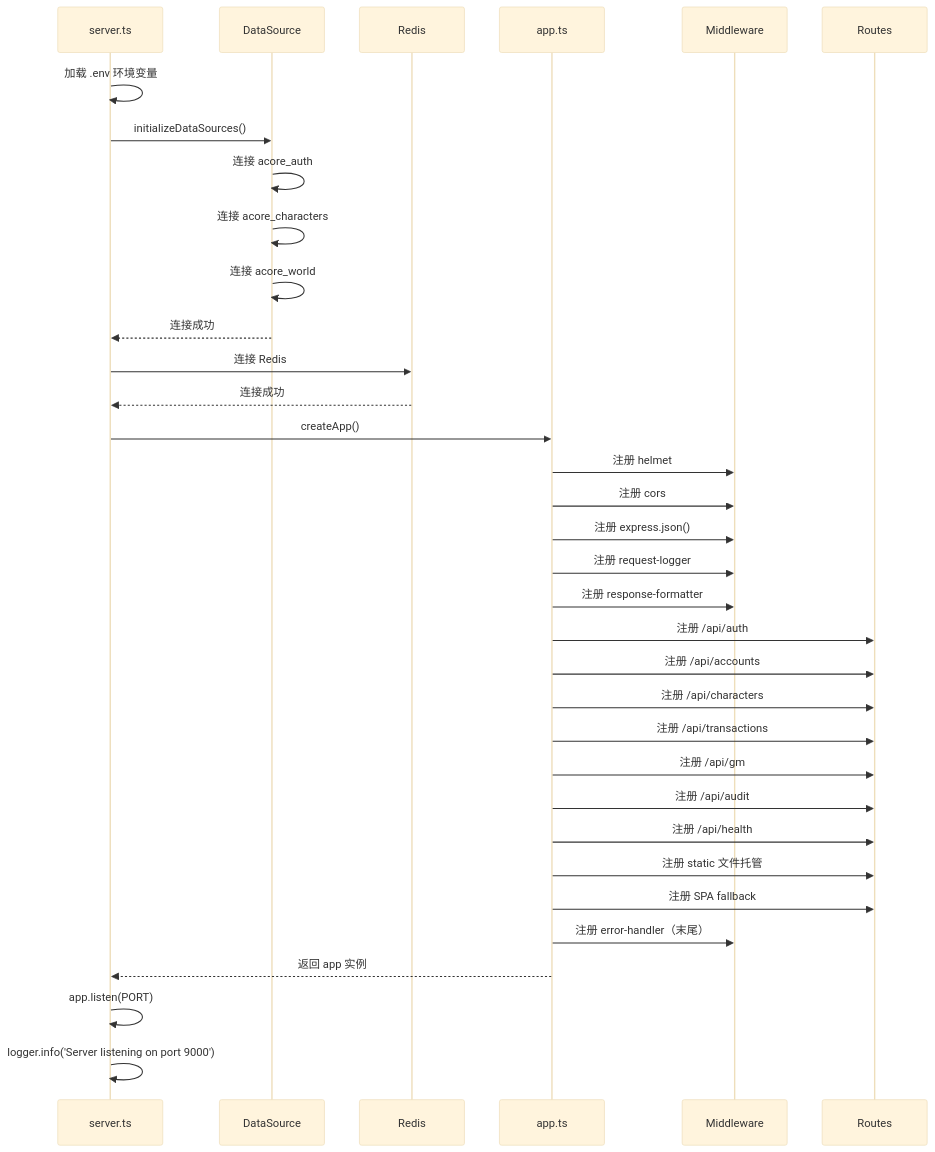
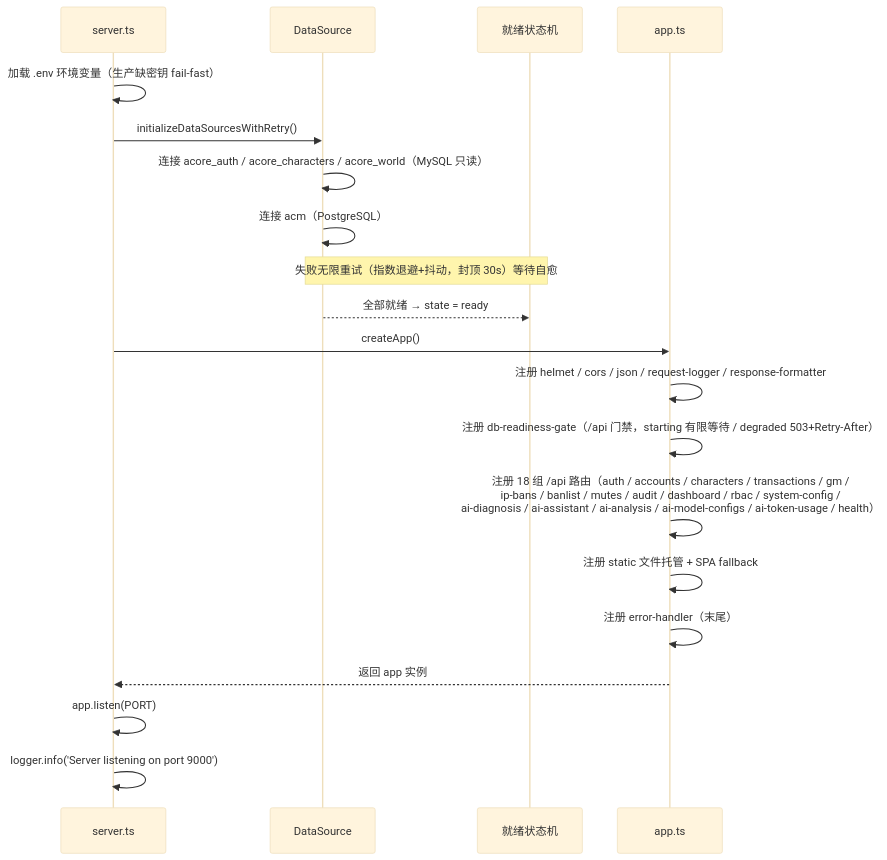
One commit to domonic18/acore-manager changed the fourth of 4 diagrams in docs/arch/02后端架构.md. Above: the diagram before and after it, drawn with Mermaid (base theme). The commit also changed other lines of this file and 4 other files, not shown here.

````diff
--- a/docs/arch/02后端架构.md
+++ b/docs/arch/02后端架构.md
@@ -363,42 +446,25 @@
 ```mermaid
 sequenceDiagram
     participant Server as server.ts
     participant DB as DataSource
-    participant Redis as Redis
+    participant State as 就绪状态机
     participant App as app.ts
-    participant MW as Middleware
-    participant Route as Routes
 
-    Server->>Server: 加载 .env 环境变量
-    Server->>DB: initializeDataSources()
-    DB->>DB: 连接 acore_auth
-    DB->>DB: 连接 acore_characters
-    DB->>DB: 连接 acore_world
-    DB-->>Server: 连接成功
-
-    Server->>Redis: 连接 Redis
-    Redis-->>Server: 连接成功
+    Server->>Server: 加载 .env 环境变量（生产缺密钥 fail-fast）
+    Server->>DB: initializeDataSourcesWithRetry()
+    DB->>DB: 连接 acore_auth / acore_characters / acore_world（MySQL 只读）
+    DB->>DB: 连接 acm（PostgreSQL）
+    Note over DB,State: 失败无限重试（指数退避+抖动，封顶 30s）等待自愈
+    DB-->>State: 全部就绪 → state = ready
 
     Server->>App: createApp()
-    App->>MW: 注册 helmet
-    App->>MW: 注册 cors
-    App->>MW: 注册 express.json()
-    App->>MW: 注册 request-logger
-    App->>MW: 注册 response-formatter
-
-    App->>Route: 注册 /api/auth
-    App->>Route: 注册 /api/accounts
-    App->>Route: 注册 /api/characters
-    App->>Route: 注册 /api/transactions
-    App->>Route: 注册 /api/gm
-    App->>Route: 注册 /api/audit
-    App->>Route: 注册 /api/health
-    App->>Route: 注册 static 文件托管
-    App->>Route: 注册 SPA fallback
-
-    App->>MW: 注册 error-handler（末尾）
+    App->>App: 注册 helmet / cors / json / request-logger / response-formatter
+    App->>App: 注册 db-readiness-gate（/api 门禁，starting 有限等待 / degraded 503+Retry-After）
+    App->>App: 注册 18 组 /api 路由（auth / accounts / characters / transactions / gm /<br/>ip-bans / banlist / mutes / audit / dashboard / rbac / system-config /<br/>ai-diagnosis / ai-assistant / ai-analysis / ai-model-configs / ai-token-usage / health）
+    App->>App: 注册 static 文件托管 + SPA fallback
+    App->>App: 注册 error-handler（末尾）
     App-->>Server: 返回 app 实例
 
     Server->>Server: app.listen(PORT)
     Server->>Server: logger.info('Server listening on port 9000')
 ```
````
